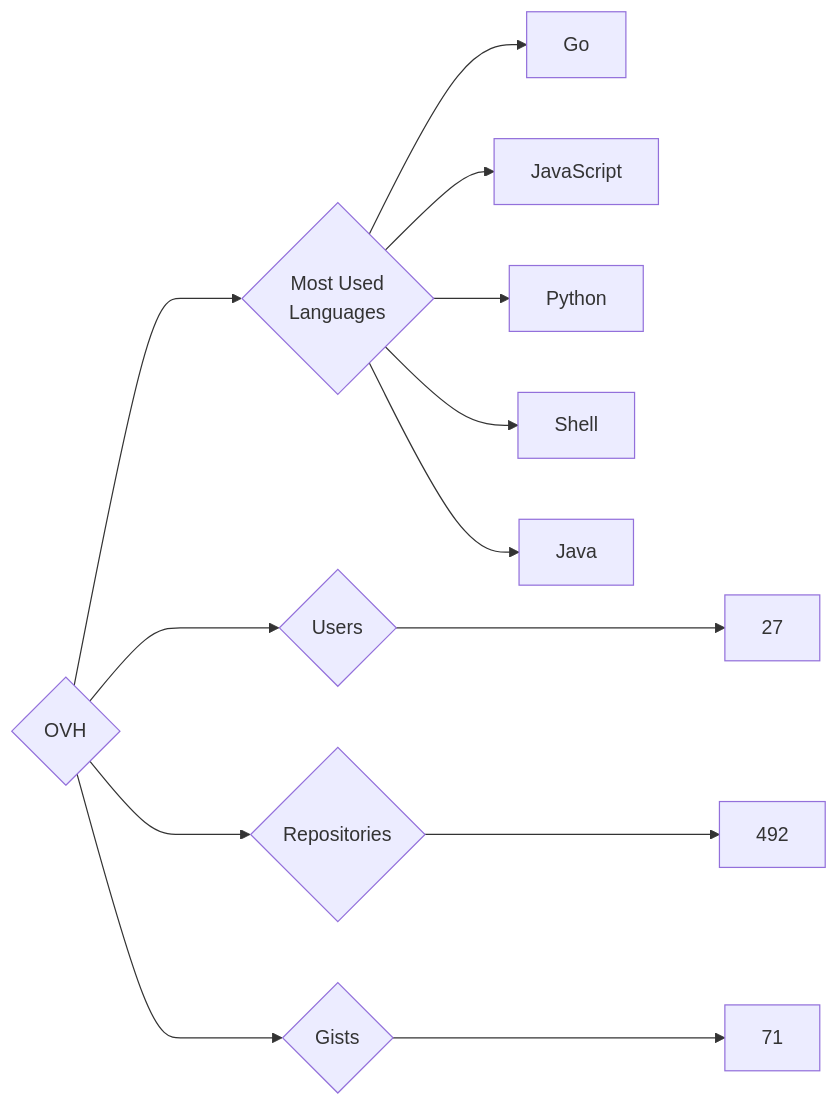
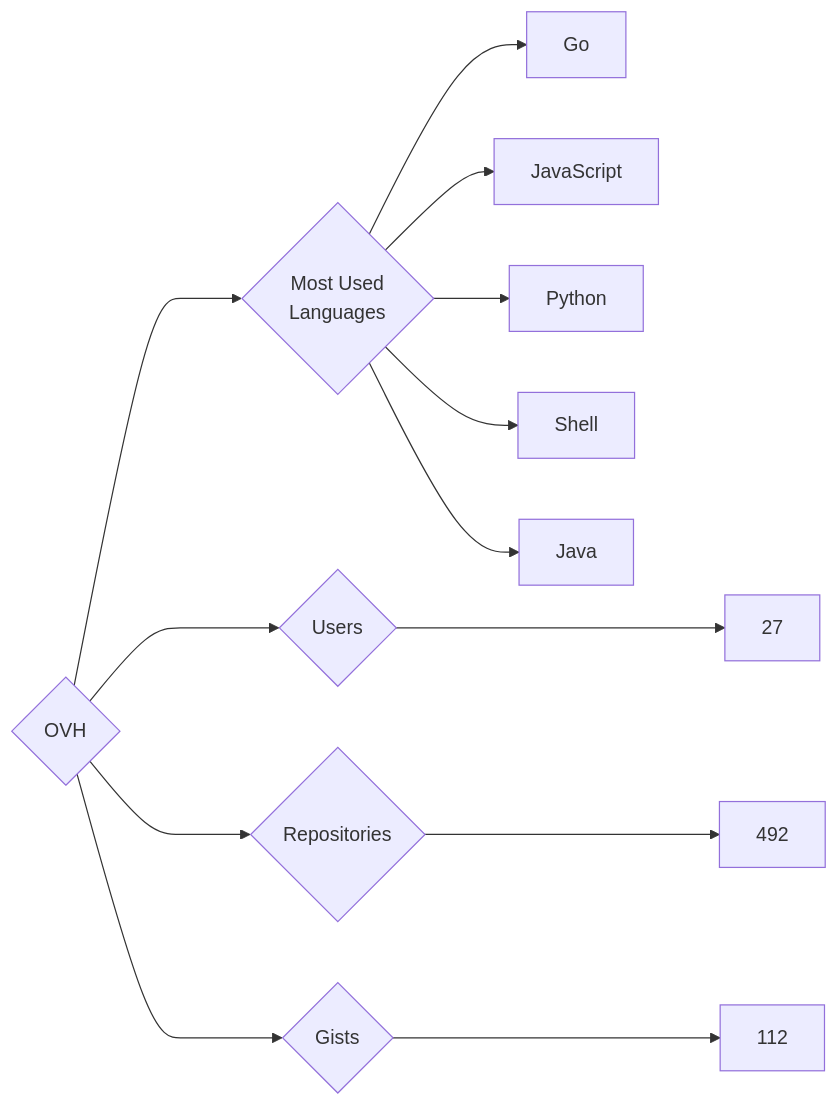
The diagram in targets/OVH/README.md (trickest/insiders), drawn with Mermaid before and after one commit. The commit also changed 833 other files, not shown here.

````diff
--- a/targets/OVH/README.md
+++ b/targets/OVH/README.md
@@ -3,13 +3,13 @@
 ```mermaid
 graph LR
 COMPANY_NAME{OVH}
 COMPANY_NAME ---> U{Users} ---> UN[27]
 COMPANY_NAME ---> R{Repositories} ---> RN[492]
-COMPANY_NAME ---> G{Gists} ---> GN[71]
+COMPANY_NAME ---> G{Gists} ---> GN[112]
 COMPANY_NAME ---> ML{Most Used<br>Languages}
 ML --> Go[Go]
 ML --> JavaScript[JavaScript]
 ML --> Python[Python]
 ML --> Shell[Shell]
 ML --> Java[Java]
 ```
````
